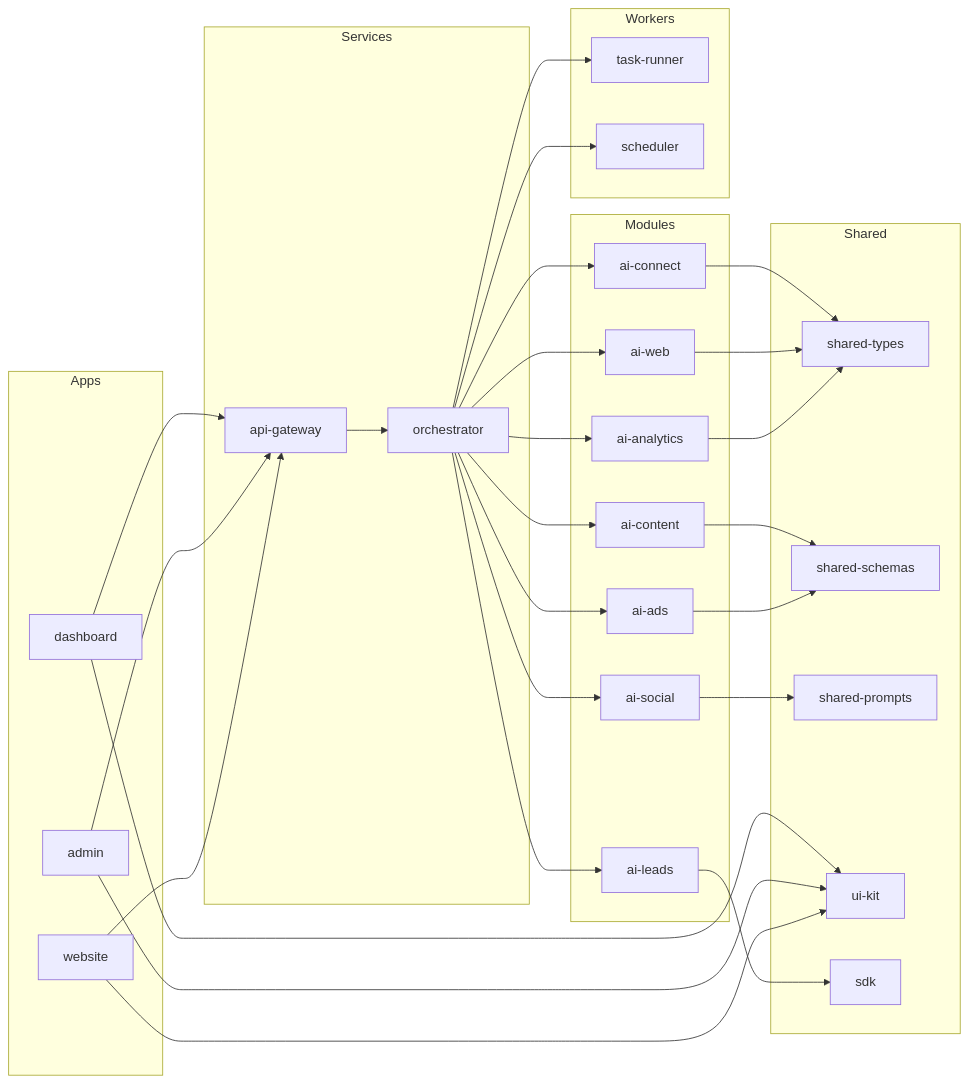
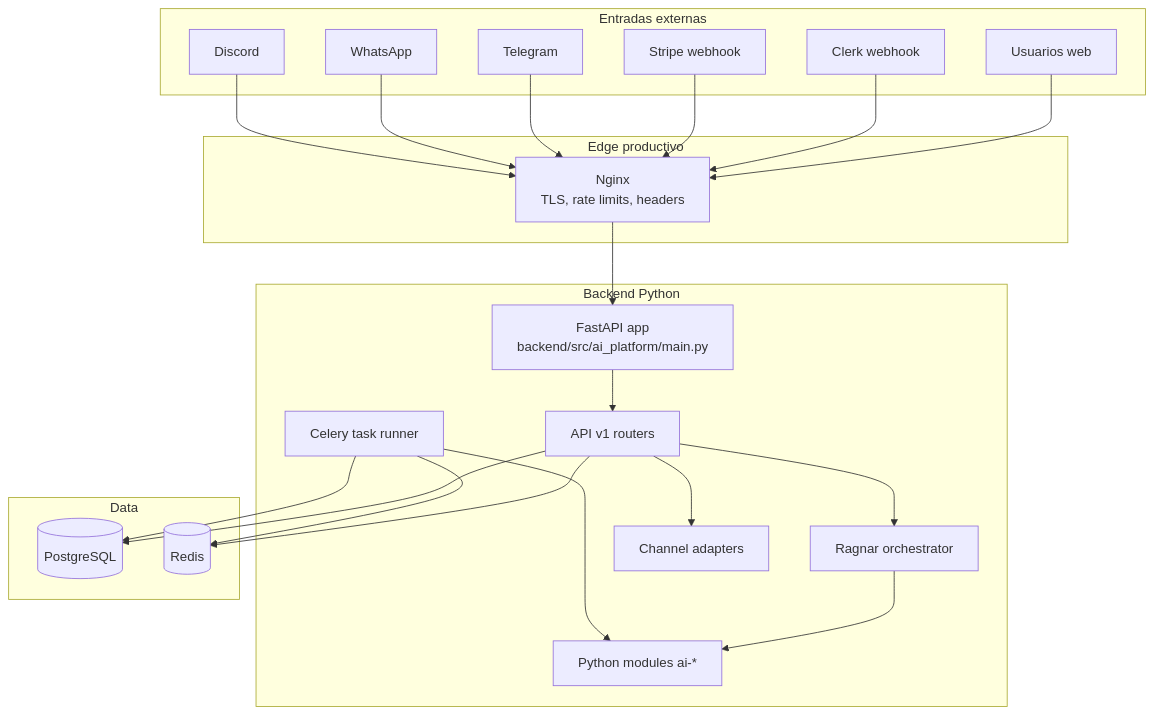
Before and after one commit to Jemadiar1/ai-platform: the first of 3 diagrams in docs/diagrams/fase-1-structure.md, drawn with Mermaid. The commit also changed other lines of this file and 7 other files, not shown here.

Commit message:
docs: update project guidance and architecture docs

````diff
--- a/docs/diagrams/fase-1-structure.md
+++ b/docs/diagrams/fase-1-structure.md
@@ -260,60 +7,46 @@
 ```mermaid
-flowchart LR
-    subgraph Apps
-        A1[dashboard]
-        A2[admin]
-        A3[website]
+flowchart TD
+    subgraph External[Entradas externas]
+        USER[Usuarios web]
+        CLERK[Clerk webhook]
+        STRIPE[Stripe webhook]
+        TG[Telegram]
+        WA[WhatsApp]
+        DC[Discord]
     end
 
-    subgraph Services
-        S1[api-gateway]
-        S2[orchestrator]
+    subgraph Edge[Edge productivo]
+        NGINX[Nginx<br/>TLS, rate limits, headers]
     end
 
-    subgraph Modules
-        M1[ai-connect]
-        M2[ai-web]
-        M3[ai-content]
-        M4[ai-social]
-        M5[ai-leads]
-        M6[ai-ads]
-        M7[ai-analytics]
+    subgraph Backend[Backend Python]
+        FASTAPI[FastAPI app<br/>backend/src/ai_platform/main.py]
+        API[API v1 routers]
+        RAGNAR[Ragnar orchestrator]
+        CHANNELS[Channel adapters]
+        MODULES[Python modules ai-*]
+        CELERY[Celery task runner]
     end
 
-    subgraph Workers
-        W1[task-runner]
-        W2[scheduler]
+    subgraph Data[Data]
+        PG[(PostgreSQL)]
+        REDIS[(Redis)]
     end
 
-    subgraph Shared
-        P1[shared-types]
-        P2[shared-schemas]
-        P3[shared-prompts]
-        P4[ui-kit]
-        P5[sdk]
-    end
-
-    A1 --> S1
-    A2 --> S1
-    A3 --> S1
-    S1 --> S2
-    S2 --> M1
-    S2 --> M2
-    S2 --> M3
-    S2 --> M4
-    S2 --> M5
-    S2 --> M6
-    S2 --> M7
-    S2 --> W1
-    S2 --> W2
-    M1 --> P1
-    M2 --> P1
-    M3 --> P2
-    M4 --> P3
-    M5 --> P5
-    M6 --> P2
-    M7 --> P1
-    A1 --> P4
-    A2 --> P4
-    A3 --> P4
+    USER --> NGINX
+    CLERK --> NGINX
+    STRIPE --> NGINX
+    TG --> NGINX
+    WA --> NGINX
+    DC --> NGINX
+    NGINX --> FASTAPI
+    FASTAPI --> API
+    API --> RAGNAR
+    API --> CHANNELS
+    RAGNAR --> MODULES
+    API --> PG
+    API --> REDIS
+    CELERY --> MODULES
+    CELERY --> PG
+    CELERY --> REDIS
 ```
````
